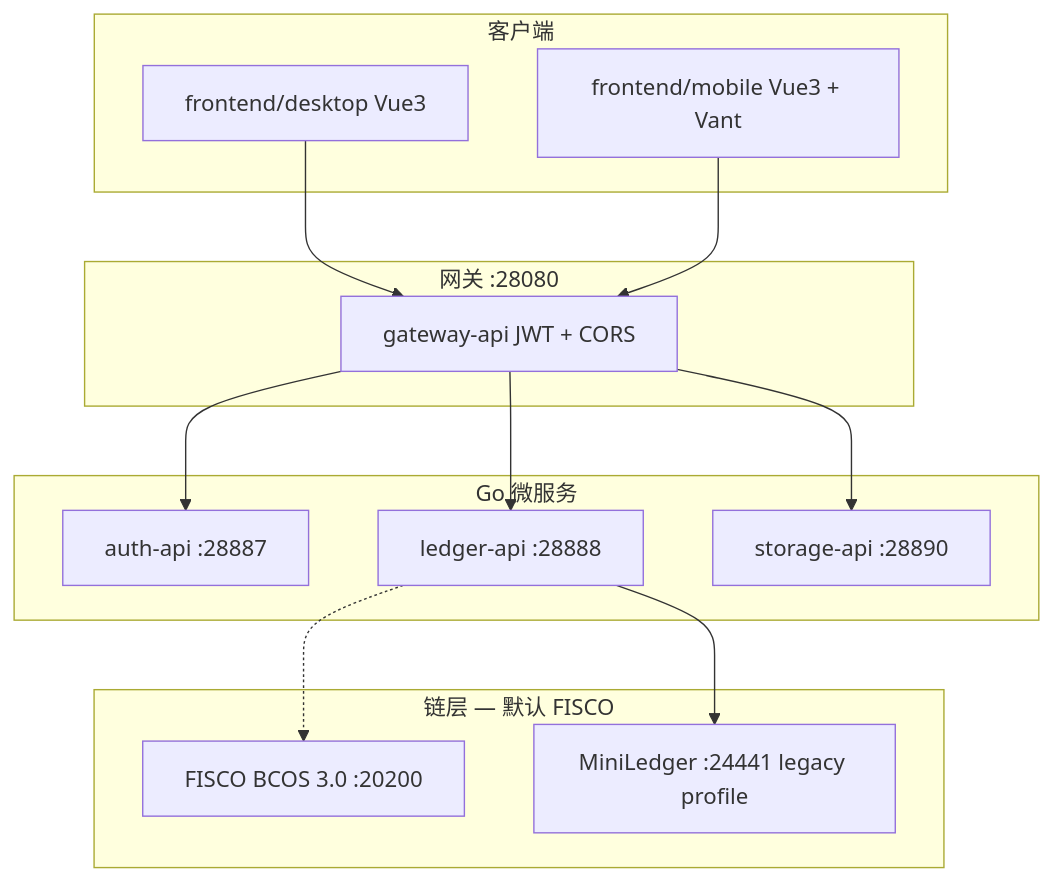
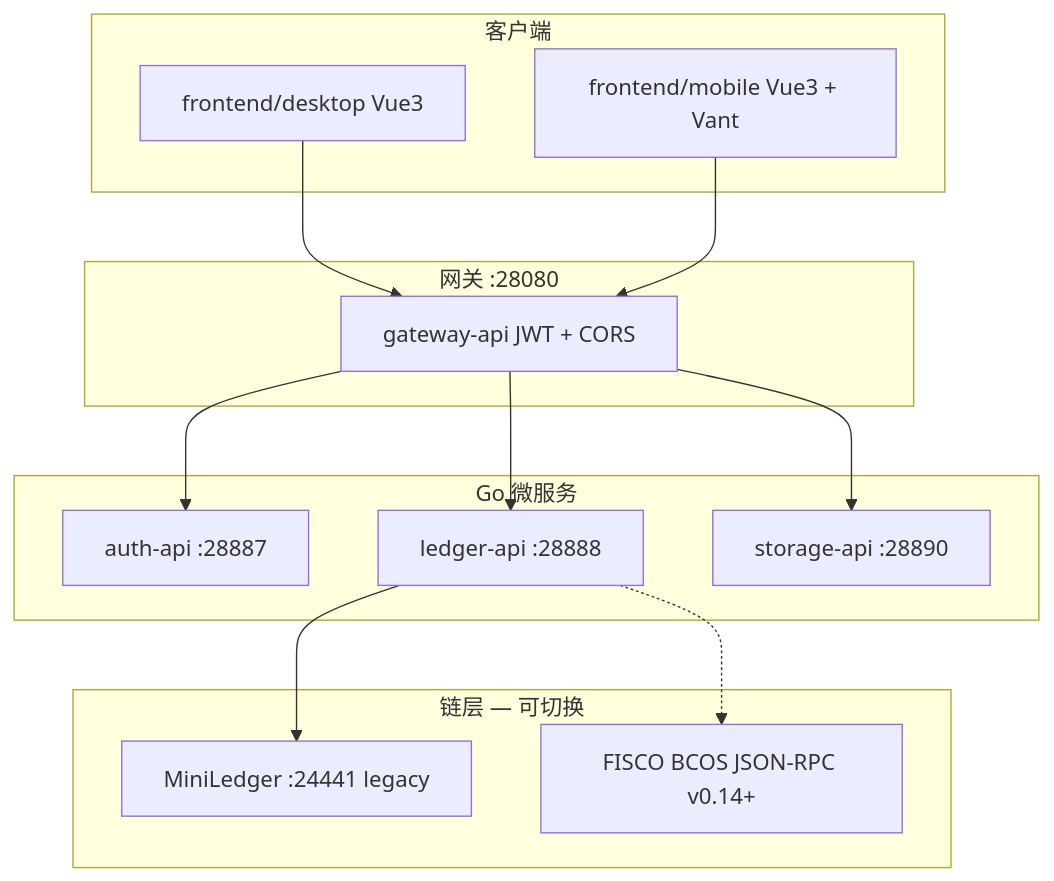
One commit to torisu-kirame/go-Smart-ledger changed the diagram in README.md. Above: the diagram before and after it, drawn with Mermaid. The commit also changed other lines of this file and 26 other files, not shown here.

Commit message:
feat(fisco): 完成 FISCO BCOS 3.x 集成与配置更新 - 新增 FISCO BCOS 3.x 单节点 Docker 支持，包含自动建链与配置初始化。 - 更新 docker-compose 配置，整合 FISCO 节点与 ledger-api，支持链数据持久化。 - 移除 MiniLedger 相关配置，优化文档以反映新的链架构与迁移流程。 - 更新迁移工具，简化从 MiniLedger 到 FISCO 的数据迁移过程。 - 规范化 FISCO 配置，确保兼容性与易用性。 - 更新 README 和相关文档，详细说明新功能与使用方法。

````diff
--- a/README.md
+++ b/README.md
@@ -57,30 +57,30 @@
 ```mermaid
 flowchart TB
     subgraph client [客户端]
         Desktop[frontend/desktop Vue3]
         Mobile[frontend/mobile Vue3 + Vant]
     end
 
     subgraph gateway_layer [网关 :28080]
         GW[gateway-api JWT + CORS]
     end
 
     subgraph services [Go 微服务]
         AUTH[auth-api :28887]
         LEDGER[ledger-api :28888]
         STORAGE[storage-api :28890]
     end
 
-    subgraph chain [链层 — 默认 FISCO]
-        FISCO[FISCO BCOS 3.0 :20200]
-        ML[MiniLedger :24441 legacy profile]
+    subgraph chain [链层 — 可切换]
+        ML[MiniLedger :24441 legacy]
+        FISCO[FISCO BCOS JSON-RPC v0.14+]
     end
 
     Desktop --> GW
     Mobile --> GW
     GW --> AUTH
     GW --> LEDGER
     GW --> STORAGE
     LEDGER --> ML
     LEDGER -.-> FISCO
 ```
````
